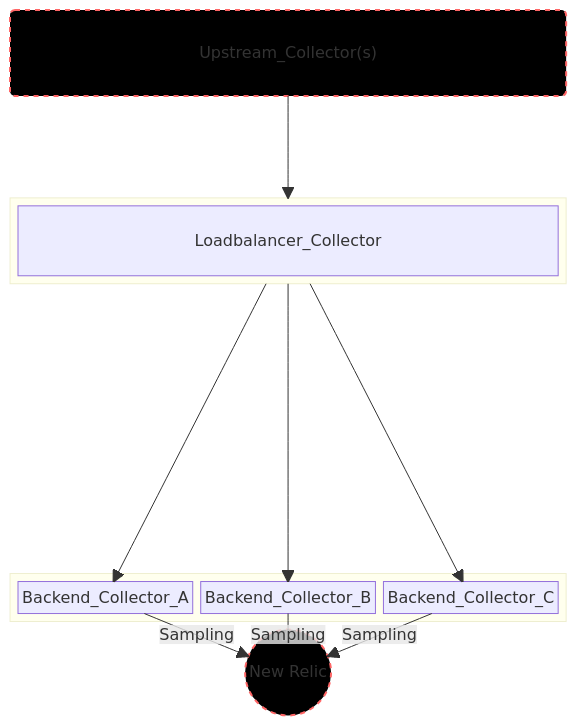
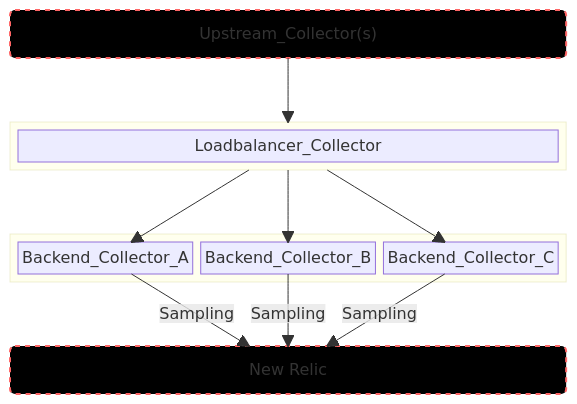
The diagram in sampling/README.md (bpschmitt/opentelemetry-resources), drawn with Mermaid before and after one commit.

Commit message:
consolidate diagram

````diff
--- a/sampling/README.md
+++ b/sampling/README.md
@@ -7,31 +7,30 @@
 ```mermaid
 block-beta
 columns 1
   Upstream("Upstream_Collector(s)")
   space
   block:LB
     Loadbalancer_Collector
   end
   space
-  space
-  space
   block:ID
     Backend_Collector_A
     Backend_Collector_B
     Backend_Collector_C
   end
-  NR(("New Relic"))
+  space
+  NR("New Relic")
 
   
   Upstream --> LB
   LB --> Backend_Collector_A
   LB --> Backend_Collector_B
   LB --> Backend_Collector_C
   Backend_Collector_A --"Sampling"--> NR
   Backend_Collector_B --"Sampling"--> NR
   Backend_Collector_C --"Sampling"--> NR
 
   style Upstream fill:#000,stroke:#f66,stroke-width:2px,color:#fff,stroke-dasharray: 5 5
   style NR fill:#000,stroke:#f66,stroke-width:2px,color:#fff,stroke-dasharray: 5 5
   
 ```
````
